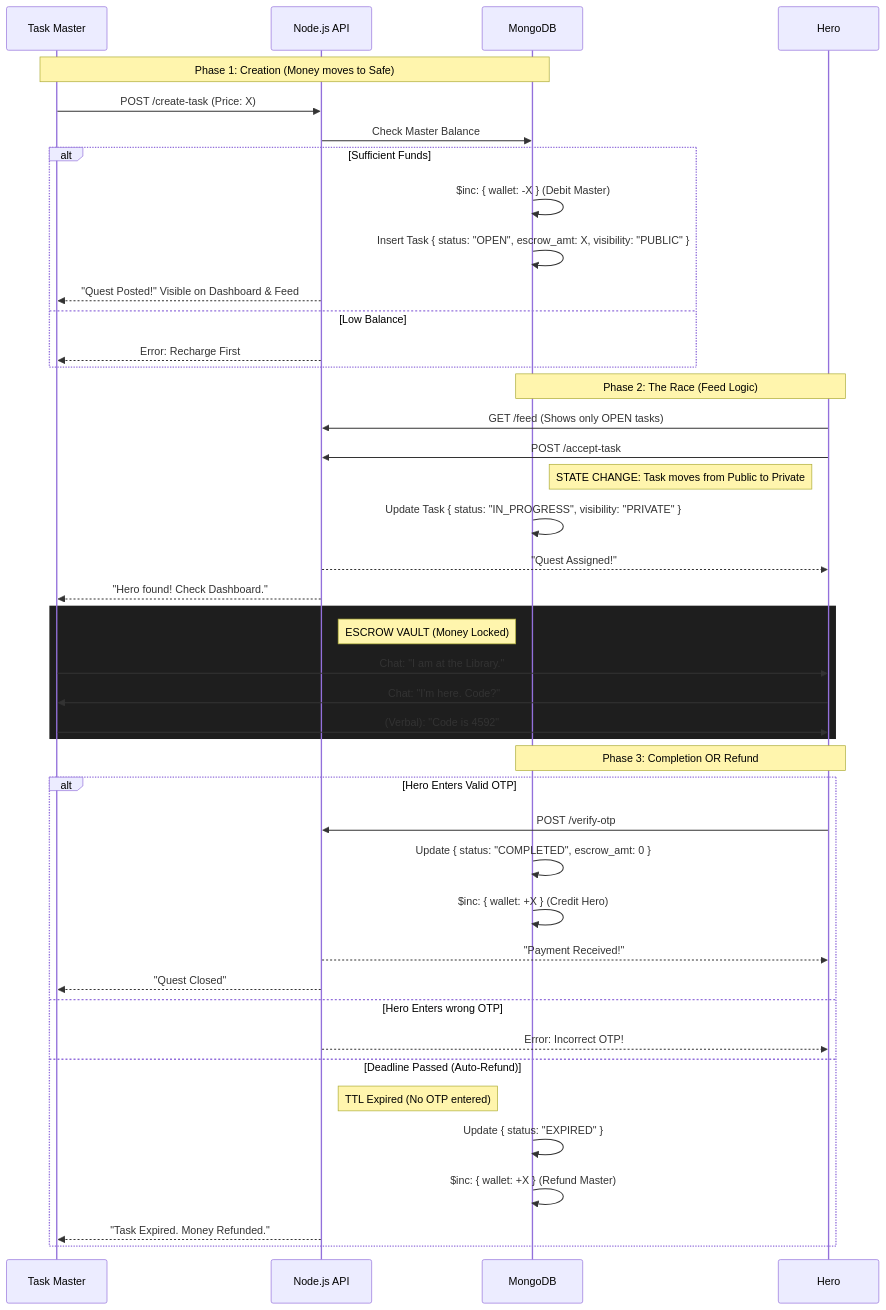
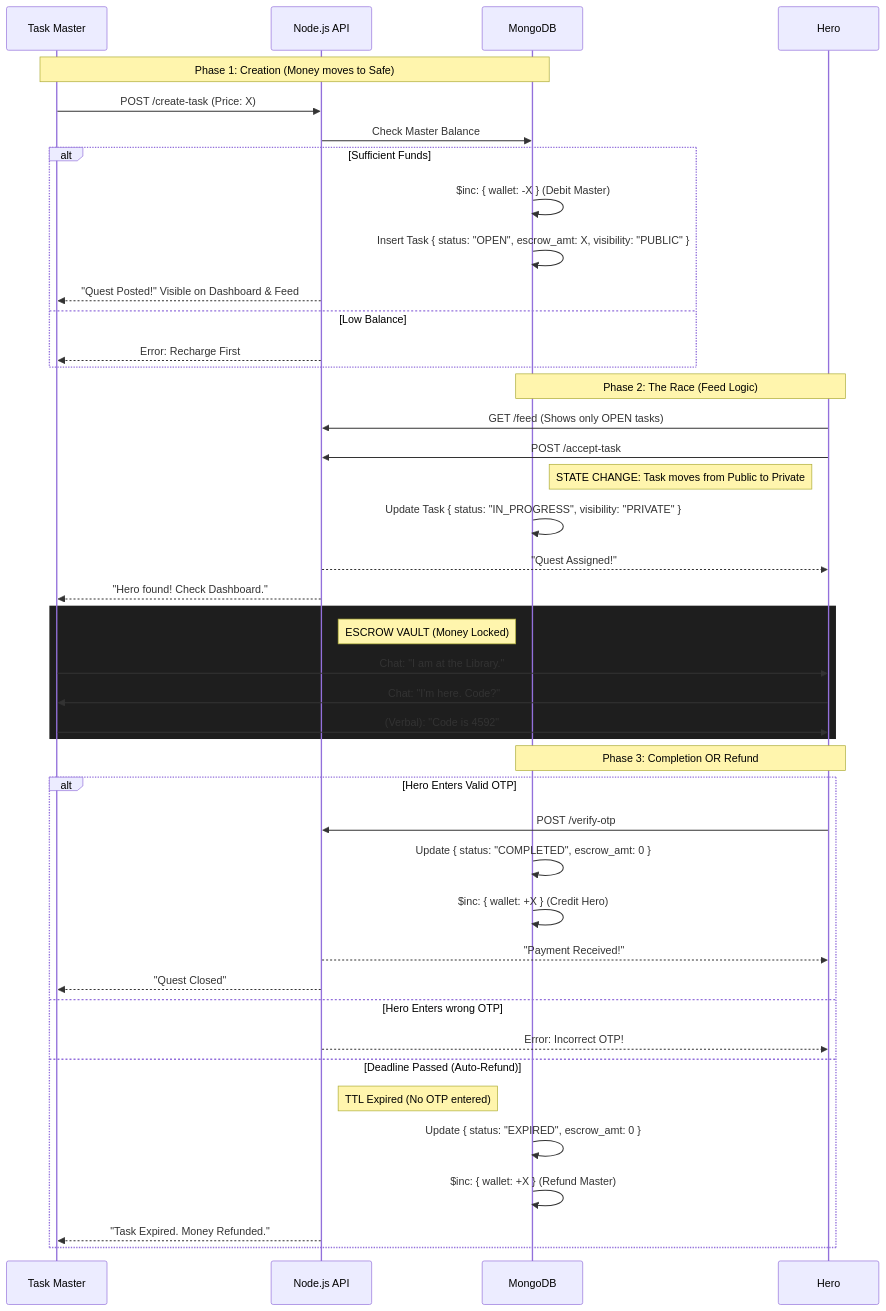
The third of 4 diagrams in TECHNICAL_ARCHITECTURE.md (arupdhara/arup-demo), drawn with Mermaid before and after one commit.

````diff
--- a/TECHNICAL_ARCHITECTURE.md
+++ b/TECHNICAL_ARCHITECTURE.md
@@ -56,52 +56,52 @@
 ```mermaid
 sequenceDiagram
     participant TM as Task Master
     participant API as Node.js API
     participant DB as MongoDB
     participant H as Hero
 
     Note over TM, DB: Phase 1: Creation (Money moves to Safe)
     TM->>API: POST /create-task (Price: X)
     API->>DB: Check Master Balance
     
     alt Sufficient Funds
         DB->>DB: $inc: { wallet: -X } (Debit Master)
         DB->>DB: Insert Task { status: "OPEN", escrow_amt: X, visibility: "PUBLIC" }
         API-->>TM: "Quest Posted!" Visible on Dashboard & Feed
     else Low Balance
         API-->>TM: Error: Recharge First
     end
 
     Note over H, DB: Phase 2: The Race (Feed Logic)
     H->>API: GET /feed (Shows only OPEN tasks)
     H->>API: POST /accept-task
     
     Note right of DB: STATE CHANGE: Task moves from Public to Private
     DB->>DB: Update Task { status: "IN_PROGRESS", visibility: "PRIVATE" }
     API-->>H: "Quest Assigned!"
     API-->>TM: "Hero found! Check Dashboard."
 
     rect rgb(30, 30, 30)
         Note right of API: ESCROW VAULT (Money Locked)
         TM->>H: Chat: "I am at the Library."
         H->>TM: Chat: "I'm here. Code?"
         TM->>H: (Verbal): "Code is 4592"
     end
 
     Note over H, DB: Phase 3: Completion OR Refund
     
     alt Hero Enters Valid OTP
         H->>API: POST /verify-otp
         DB->>DB: Update { status: "COMPLETED", escrow_amt: 0 }
         DB->>DB: $inc: { wallet: +X } (Credit Hero)
         API-->>H: "Payment Received!"
         API-->>TM: "Quest Closed"
     else Hero Enters wrong OTP
         API-->>H: Error: Incorrect OTP!
     else Deadline Passed (Auto-Refund)
         Note right of API: TTL Expired (No OTP entered)
-        DB->>DB: Update { status: "EXPIRED" }
+        DB->>DB: Update { status: "EXPIRED", escrow_amt: 0 }
         DB->>DB: $inc: { wallet: +X } (Refund Master)
         API-->>TM: "Task Expired. Money Refunded."
     end
 ```
````
